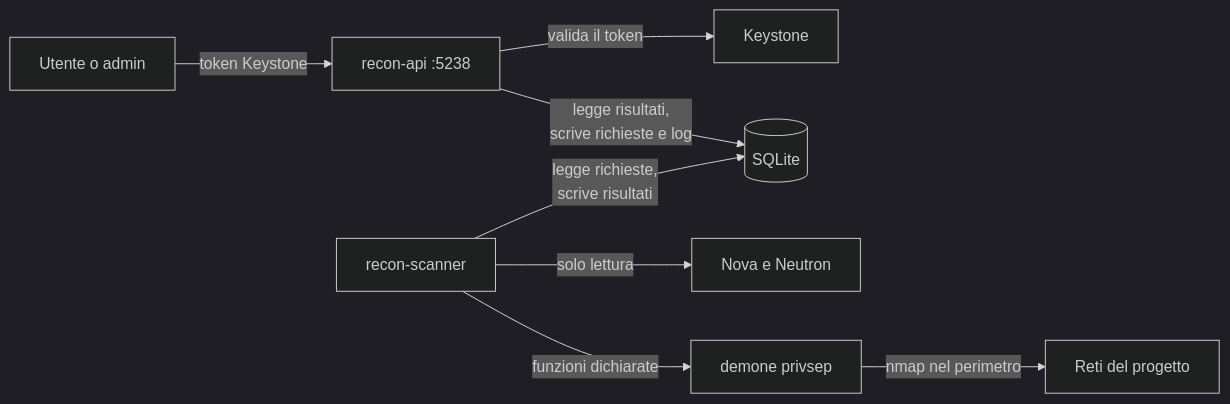
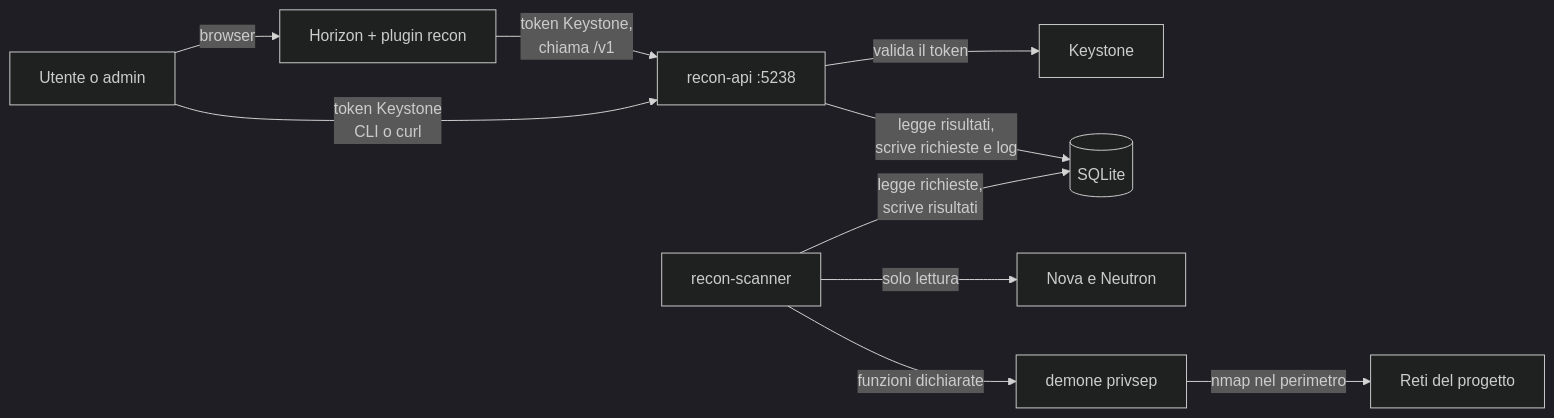
One commit to suonatorefelice/recon-stack changed the first of 2 diagrams in docs/architettura.md. Above: the diagram before and after it, drawn with Mermaid (dark theme). The commit also changed other lines of this file and 5 other files, not shown here.

Commit message:
docs: sposta la dashboard su un plugin Horizon (ADR 0010) e aggiorna i documenti (#1)

````diff
--- a/docs/architettura.md
+++ b/docs/architettura.md
@@ -14,10 +15,12 @@
 ```mermaid
 flowchart LR
-    U[Utente o admin] -- "token Keystone" --> A[recon-api :5238]
+    U[Utente o admin] -- "browser" --> H[Horizon + plugin recon]
+    H -- "token Keystone,<br/>chiama /v1" --> A[recon-api :5238]
+    U -- "token Keystone<br/>CLI o curl" --> A
     A -- "valida il token" --> K[Keystone]
     A -- "legge risultati,<br/>scrive richieste e log" --> D[(SQLite)]
     S[recon-scanner] -- "legge richieste,<br/>scrive risultati" --> D
     S -- "solo lettura" --> N[Nova e Neutron]
     S -- "funzioni dichiarate" --> P[demone privsep]
     P -- "nmap nel perimetro" --> R[Reti del progetto]
 ```
````
